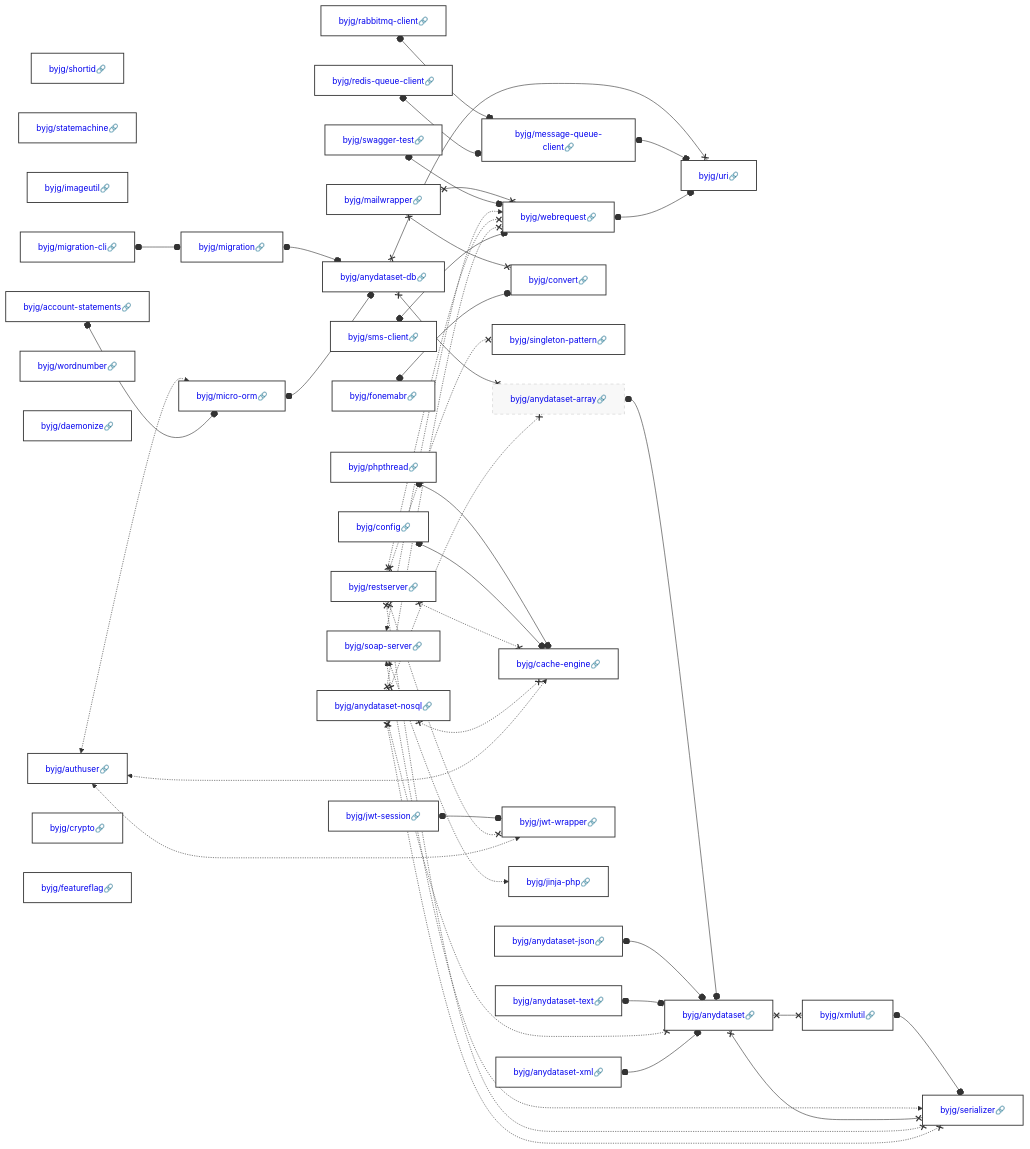
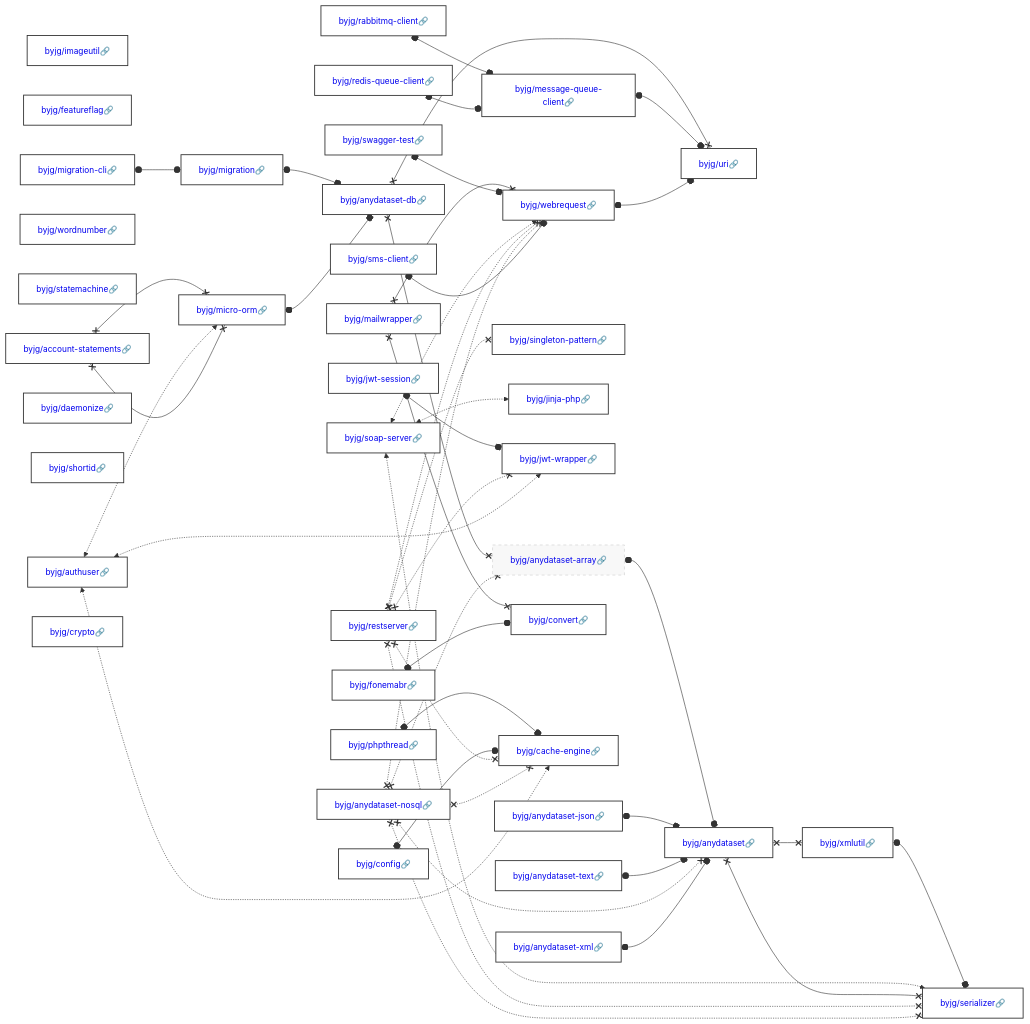
Before and after one commit to byjg/byjg.github.io: the diagram in docs/php/README.md, drawn with Mermaid. The commit also changed other lines of this file and 1 other file, not shown here.

Commit message:
Update documentation 'php' 'php-wallets'

````diff
--- a/docs/php/README.md
+++ b/docs/php/README.md
@@ -9,39 +3,39 @@
 ```mermaid
 graph LR;
-  byjg/anydataset-json[<a href='https://opensource.byjg.com/docs/php/anydataset-json' style='text-decoration:none'>byjg/anydataset-json🔗</a>];
-  byjg/shortid[<a href='https://opensource.byjg.com/docs/php/shortid' style='text-decoration:none'>byjg/shortid🔗</a>];
+  byjg/phpthread[<a href='https://opensource.byjg.com/docs/php/phpthread' style='text-decoration:none'>byjg/phpthread🔗</a>];
+  byjg/sms-client[<a href='https://opensource.byjg.com/docs/php/sms-client' style='text-decoration:none'>byjg/sms-client🔗</a>];
+  byjg/anydataset-xml[<a href='https://opensource.byjg.com/docs/php/anydataset-xml' style='text-decoration:none'>byjg/anydataset-xml🔗</a>];
+  byjg/restserver[<a href='https://opensource.byjg.com/docs/php/restserver' style='text-decoration:none'>byjg/restserver🔗</a>];
+  byjg/imageutil[<a href='https://opensource.byjg.com/docs/php/imageutil' style='text-decoration:none'>byjg/imageutil🔗</a>];
   byjg/anydataset-nosql[<a href='https://opensource.byjg.com/docs/php/anydataset-nosql' style='text-decoration:none'>byjg/anydataset-nosql🔗</a>];
-  byjg/fonemabr[<a href='https://opensource.byjg.com/docs/php/fonemabr' style='text-decoration:none'>byjg/fonemabr🔗</a>];
+  byjg/featureflag[<a href='https://opensource.byjg.com/docs/php/featureflag' style='text-decoration:none'>byjg/featureflag🔗</a>];
+  byjg/soap-server[<a href='https://opensource.byjg.com/docs/php/soap-server' style='text-decoration:none'>byjg/soap-server🔗</a>];
+  byjg/rabbitmq-client[<a href='https://opensource.byjg.com/docs/php/rabbitmq-client' style='text-decoration:none'>byjg/rabbitmq-client🔗</a>];
+  byjg/account-statements[<a href='https://opensource.byjg.com/docs/php/account-statements' style='text-decoration:none'>byjg/account-statements🔗</a>];
+  byjg/wordnumber[<a href='https://opensource.byjg.com/docs/php/wordnumber' style='text-decoration:none'>byjg/wordnumber🔗</a>];
   byjg/anydataset-text[<a href='https://opensource.byjg.com/docs/php/anydataset-text' style='text-decoration:none'>byjg/anydataset-text🔗</a>];
   byjg/statemachine[<a href='https://opensource.byjg.com/docs/php/statemachine' style='text-decoration:none'>byjg/statemachine🔗</a>];
-  byjg/imageutil[<a href='https://opensource.byjg.com/docs/php/imageutil' style='text-decoration:none'>byjg/imageutil🔗</a>];
+  byjg/anydataset-json[<a href='https://opensource.byjg.com/docs/php/anydataset-json' style='text-decoration:none'>byjg/anydataset-json🔗</a>];
+  byjg/authuser[<a href='https://opensource.byjg.com/docs/php/authuser' style='text-decoration:none'>byjg/authuser🔗</a>];
   byjg/jwt-session[<a href='https://opensource.byjg.com/docs/php/jwt-session' style='text-decoration:none'>byjg/jwt-session🔗</a>];
+  byjg/daemonize[<a href='https://opensource.byjg.com/docs/php/daemonize' style='text-decoration:none'>byjg/daemonize🔗</a>];
+  byjg/mailwrapper[<a href='https://opensource.byjg.com/docs/php/mailwrapper' style='text-decoration:none'>byjg/mailwrapper🔗</a>];
+  byjg/redis-queue-client[<a href='https://opensource.byjg.com/docs/php/redis-queue-client' style='text-decoration:none'>byjg/redis-queue-client🔗</a>];
+  byjg/fonemabr[<a href='https://opensource.byjg.com/docs/php/fonemabr' style='text-decoration:none'>byjg/fonemabr🔗</a>];
+  byjg/shortid[<a href='https://opensource.byjg.com/docs/php/shortid' style='text-decoration:none'>byjg/shortid🔗</a>];
+  byjg/config[<a href='https://opensource.byjg.com/docs/php/config' style='text-decoration:none'>byjg/config🔗</a>];
+  byjg/swagger-test[<a href='https://opensource.byjg.com/docs/php/swagger-test' style='text-decoration:none'>byjg/swagger-test🔗</a>];
   byjg/migration-cli[<a href='https://opensource.byjg.com/docs/php/migration-cli' style='text-decoration:none'>byjg/migration-cli🔗</a>];
-  byjg/mailwrapper[<a href='https://opensource.byjg.com/docs/php/mailwrapper' style='text-decoration:none'>byjg/mailwrapper🔗</a>];
-  byjg/anydataset-xml[<a href='https://opensource.byjg.com/docs/php/anydataset-xml' style='text-decoration:none'>byjg/anydataset-xml🔗</a>];
-  byjg/phpthread[<a href='https://opensource.byjg.com/docs/php/phpthread' style='text-decoration:none'>byjg/phpthread🔗</a>];
-  byjg/account-statements[<a href='https://opensource.byjg.com/docs/php/account-statements' style='text-decoration:none'>byjg/account-statements🔗</a>];
-  byjg/wordnumber[<a href='https://opensource.byjg.com/docs/php/wordnumber' style='text-decoration:none'>byjg/wordnumber🔗</a>];
-  byjg/redis-queue-client[<a href='https://opensource.byjg.com/docs/php/redis-queue-client' style='text-decoration:none'>byjg/redis-queue-client🔗</a>];
-  byjg/daemonize[<a href='https://opensource.byjg.com/docs/php/daemonize' style='text-decoration:none'>byjg/daemonize🔗</a>];
-  byjg/config[<a href='https://opensource.byjg.com/docs/php/config' style='text-decoration:none'>byjg/config🔗</a>];
-  byjg/restserver[<a href='https://opensource.byjg.com/docs/php/restserver' style='text-decoration:none'>byjg/restserver🔗</a>];
-  byjg/rabbitmq-client[<a href='https://opensource.byjg.com/docs/php/rabbitmq-client' style='text-decoration:none'>byjg/rabbitmq-client🔗</a>];
-  byjg/authuser[<a href='https://opensource.byjg.com/docs/php/authuser' style='text-decoration:none'>byjg/authuser🔗</a>];
-  byjg/sms-client[<a href='https://opensource.byjg.com/docs/php/sms-client' style='text-decoration:none'>byjg/sms-client🔗</a>];
-  byjg/soap-server[<a href='https://opensource.byjg.com/docs/php/soap-server' style='text-decoration:none'>byjg/soap-server🔗</a>];
   byjg/crypto[<a href='https://opensource.byjg.com/docs/php/crypto' style='text-decoration:none'>byjg/crypto🔗</a>];
-  byjg/featureflag[<a href='https://opensource.byjg.com/docs/php/featureflag' style='text-decoration:none'>byjg/featureflag🔗</a>];
-  byjg/swagger-test[<a href='https://opensource.byjg.com/docs/php/swagger-test' style='text-decoration:none'>byjg/swagger-test🔗</a>];
+  byjg/singleton-pattern[<a href='https://opensource.byjg.com/docs/php/singleton-pattern' style='text-decoration:none'>byjg/singleton-pattern🔗</a>];
+  byjg/jinja-php[<a href='https://opensource.byjg.com/docs/php/jinja-php' style='text-decoration:none'>byjg/jinja-php🔗</a>];
+  byjg/micro-orm[<a href='https://opensource.byjg.com/docs/php/micro-orm' style='text-decoration:none'>byjg/micro-orm🔗</a>];
+  byjg/jwt-wrapper[<a href='https://opensource.byjg.com/docs/php/jwt-wrapper' style='text-decoration:none'>byjg/jwt-wrapper🔗</a>];
+  byjg/message-queue-client[<a href='https://opensource.byjg.com/docs/php/message-queue-client' style='text-decoration:none'>byjg/message-queue-client🔗</a>];
+  byjg/convert[<a href='https://opensource.byjg.com/docs/php/convert' style='text-decoration:none'>byjg/convert🔗</a>];
+  byjg/cache-engine[<a href='https://opensource.byjg.com/docs/php/cache-engine' style='text-decoration:none'>byjg/cache-engine🔗</a>];
+  byjg/webrequest[<a href='https://opensource.byjg.com/docs/php/webrequest' style='text-decoration:none'>byjg/webrequest🔗</a>];
   byjg/migration[<a href='https://opensource.byjg.com/docs/php/migration' style='text-decoration:none'>byjg/migration🔗</a>];
-  byjg/convert[<a href='https://opensource.byjg.com/docs/php/convert' style='text-decoration:none'>byjg/convert🔗</a>];
-  byjg/singleton-pattern[<a href='https://opensource.byjg.com/docs/php/singleton-pattern' style='text-decoration:none'>byjg/singleton-pattern🔗</a>];
-  byjg/message-queue-client[<a href='https://opensource.byjg.com/docs/php/message-queue-client' style='text-decoration:none'>byjg/message-queue-client🔗</a>];
-  byjg/micro-orm[<a href='https://opensource.byjg.com/docs/php/micro-orm' style='text-decoration:none'>byjg/micro-orm🔗</a>];
-  byjg/cache-engine[<a href='https://opensource.byjg.com/docs/php/cache-engine' style='text-decoration:none'>byjg/cache-engine🔗</a>];
-  byjg/jwt-wrapper[<a href='https://opensource.byjg.com/docs/php/jwt-wrapper' style='text-decoration:none'>byjg/jwt-wrapper🔗</a>];
-  byjg/jinja-php[<a href='https://opensource.byjg.com/docs/php/jinja-php' style='text-decoration:none'>byjg/jinja-php🔗</a>];
-  byjg/webrequest[<a href='https://opensource.byjg.com/docs/php/webrequest' style='text-decoration:none'>byjg/webrequest🔗</a>];
   byjg/anydataset-db[<a href='https://opensource.byjg.com/docs/php/anydataset-db' style='text-decoration:none'>byjg/anydataset-db🔗</a>];
   byjg/anydataset-array[<a href='https://opensource.byjg.com/docs/php/anydataset-array' style='text-decoration:none'>byjg/anydataset-array🔗</a>];
   byjg/uri[<a href='https://opensource.byjg.com/docs/php/uri' style='text-decoration:none'>byjg/uri🔗</a>];
@@ -64,6 +58,7 @@
   byjg/phpthread o--o byjg/cache-engine;
   byjg/migration-cli o--o byjg/migration;
   byjg/jwt-session o--o byjg/jwt-wrapper;
+  byjg/account-statements x--x byjg/micro-orm;
   byjg/anydataset x--x byjg/serializer;
   byjg/anydataset x--x byjg/xmlutil;
   byjg/redis-queue-client o--o byjg/message-queue-client;
@@ -84,7 +79,7 @@
   byjg/authuser <-.-> byjg/cache-engine;
   byjg/authuser <-.-> byjg/jwt-wrapper;
   byjg/sms-client o--o byjg/webrequest;
-  byjg/account-statements o--o byjg/micro-orm;
+  byjg/account-statements x--x byjg/micro-orm;
   byjg/micro-orm o--o byjg/anydataset-db;
   byjg/anydataset-xml o--o byjg/anydataset;
   byjg/fonemabr o--o byjg/convert;
````
